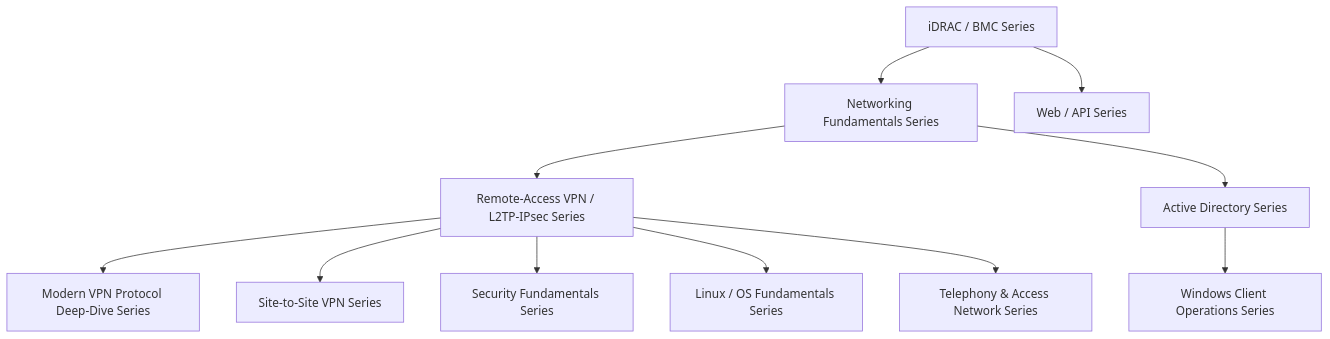
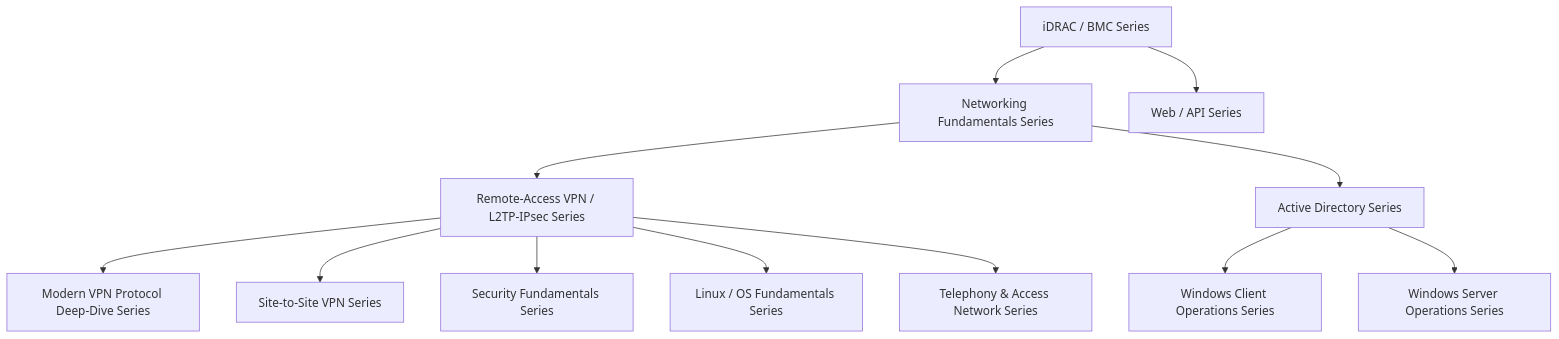
Before and after one commit to koikoi1998/koikoi-blog-20260723: the diagram in src/pages/en/sitemap.md, drawn with Mermaid. The commit also changed other lines of this file and 7 other files, not shown here.

````diff
--- a/src/pages/en/sitemap.md
+++ b/src/pages/en/sitemap.md
@@ -22,25 +22,27 @@
 ```mermaid
 graph TB
     Idrac["iDRAC / BMC Series"]
     Network["Networking Fundamentals Series"]
     Vpn["Remote-Access VPN / L2TP-IPsec Series"]
     ModernVpn["Modern VPN Protocol Deep-Dive Series"]
     SiteToSite["Site-to-Site VPN Series"]
     Security["Security Fundamentals Series"]
     Linux["Linux / OS Fundamentals Series"]
     Telephony["Telephony & Access Network Series"]
     Api["Web / API Series"]
     ActiveDirectory["Active Directory Series"]
     WindowsClient["Windows Client Operations Series"]
+    WindowsServer["Windows Server Operations Series"]
 
     Idrac --> Network
     Idrac --> Api
     Network --> Vpn
     Vpn --> ModernVpn
     Vpn --> SiteToSite
     Vpn --> Security
     Vpn --> Linux
     Vpn --> Telephony
     Network --> ActiveDirectory
     ActiveDirectory --> WindowsClient
+    ActiveDirectory --> WindowsServer
 ```
````
